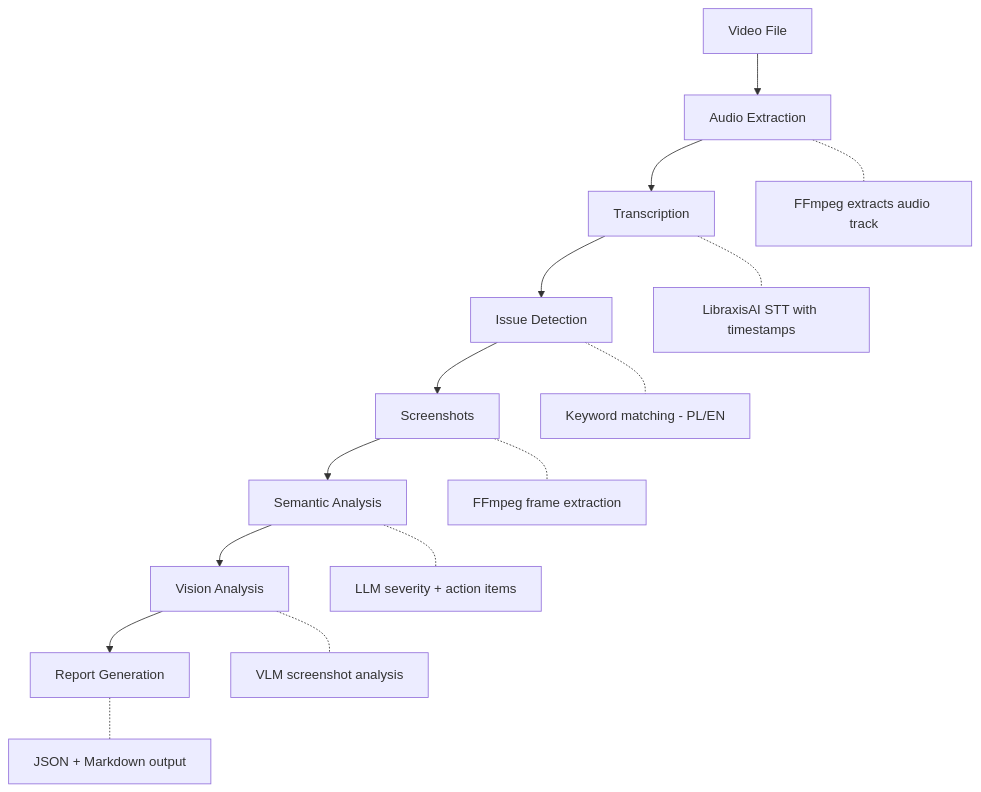
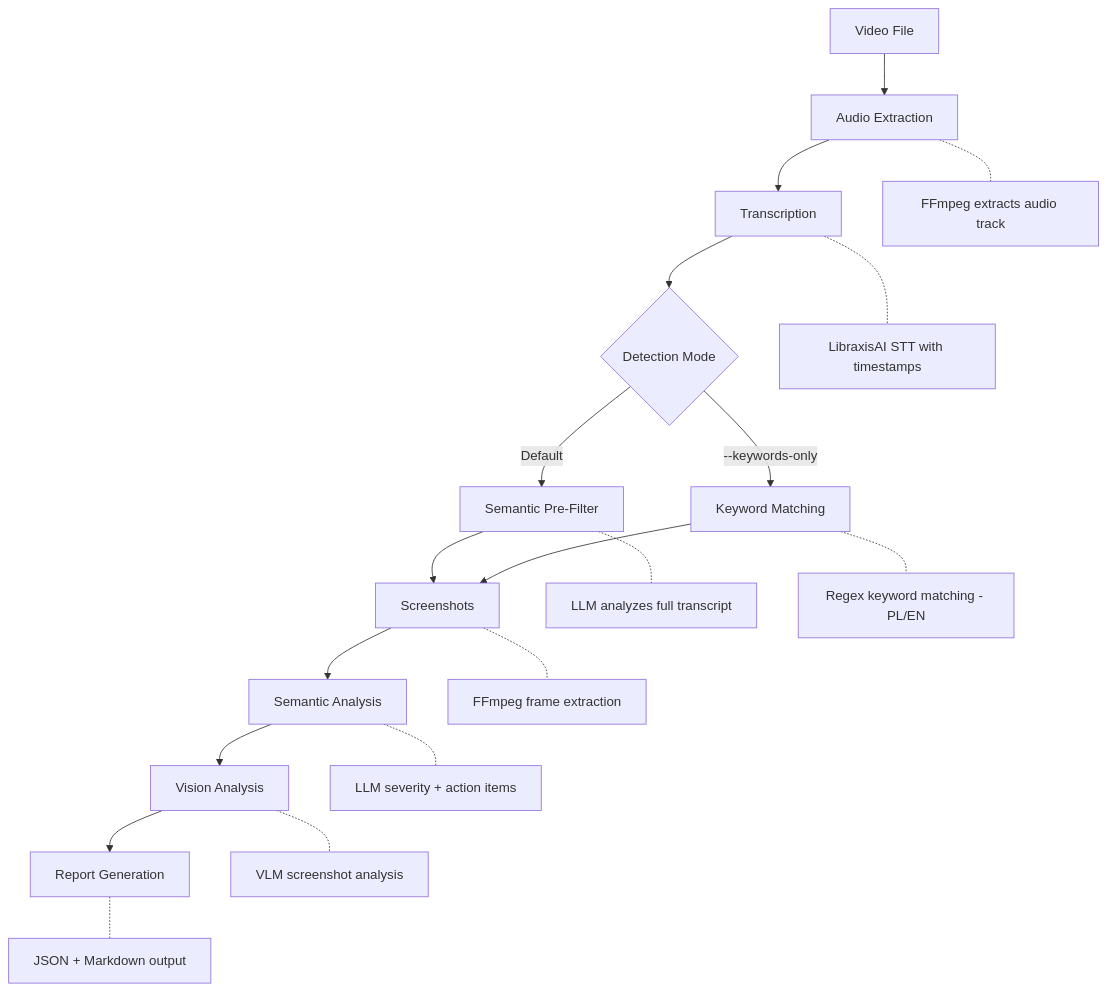
Before and after one commit to VetCoders/ScreenScribe: the diagram in README.md, drawn with Mermaid. The commit also changed other lines of this file and 10 other files, not shown here.

First line of the commit message:
(#3) Add semantic pre-filtering and Makefile, update CLI and docs

````diff
--- a/README.md
+++ b/README.md
@@ -116,18 +123,22 @@
 ```mermaid
 flowchart TD
     A[Video File] --> B[Audio Extraction]
     B --> C[Transcription]
-    C --> D[Issue Detection]
-    D --> E[Screenshots]
+    C --> D{Detection Mode}
+    D -->|Default| D1[Semantic Pre-Filter]
+    D -->|--keywords-only| D2[Keyword Matching]
+    D1 --> E[Screenshots]
+    D2 --> E
     E --> F[Semantic Analysis]
     F --> G[Vision Analysis]
     G --> H[Report Generation]
 
     B -.- B1[FFmpeg extracts audio track]
     C -.- C1[LibraxisAI STT with timestamps]
-    D -.- D1[Keyword matching - PL/EN]
+    D1 -.- D1a[LLM analyzes full transcript]
+    D2 -.- D2a[Regex keyword matching - PL/EN]
     E -.- E1[FFmpeg frame extraction]
     F -.- F1[LLM severity + action items]
     G -.- G1[VLM screenshot analysis]
     H -.- H1[JSON + Markdown output]
 ```
````
